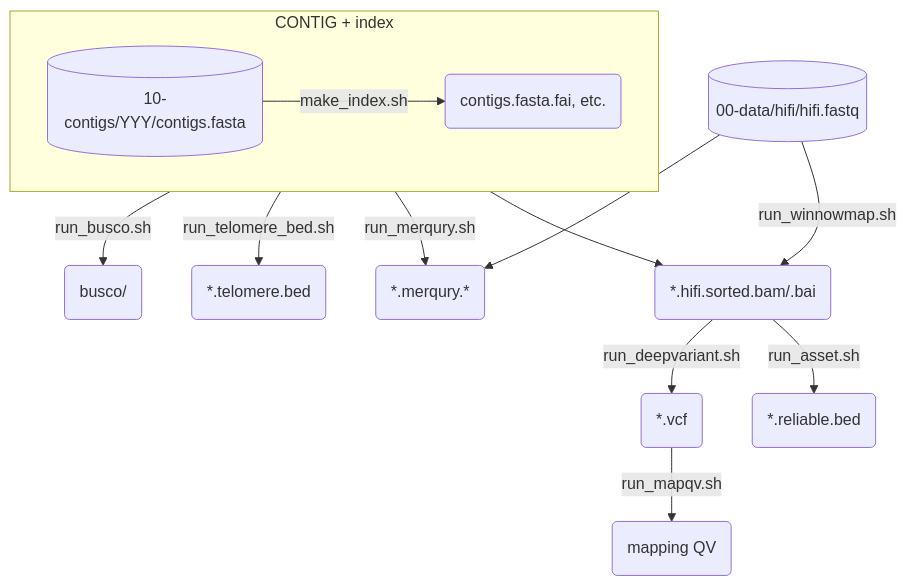
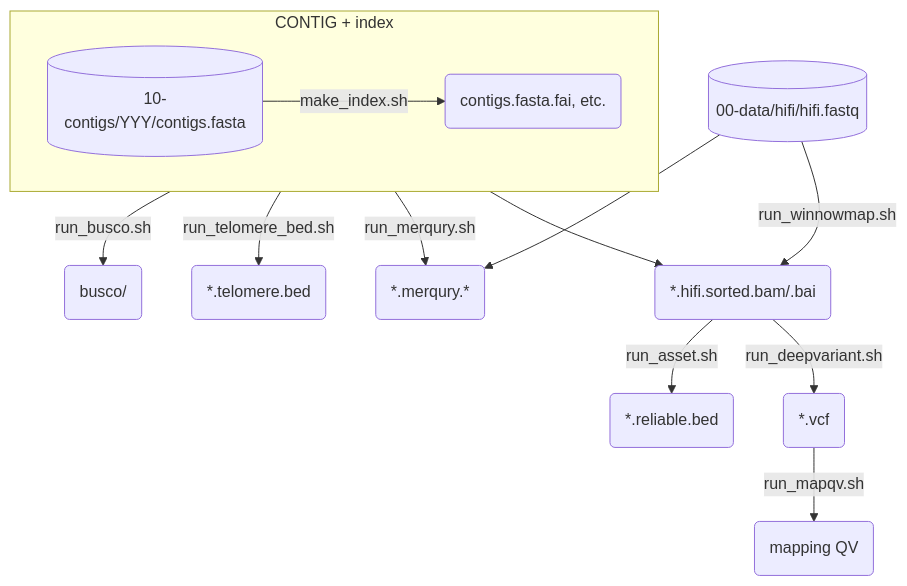
Before and after one commit to yoshihikosuzuki/ant-asm-workflow: the diagram in asset/dependency-eval-contig.md, drawn with Mermaid. The commit also changed other lines of this file and 1 other file, not shown here.

````diff
--- a/asset/dependency-eval-contig.md
+++ b/asset/dependency-eval-contig.md
@@ -1,35 +1,35 @@
 ```mermaid
 flowchart TD
 
 subgraph CONTIG ["CONTIG + index"]
 _CONTIG[(10-contigs/YYY/contigs.fasta)]
 INDEX("contigs.fasta.fai, etc.")
 _CONTIG -->|make_index.sh| INDEX
 end
 
 BUSCO(busco/)
 CONTIG -->|run_busco.sh| BUSCO
 
 TELOMERE(*.telomere.bed)
 CONTIG -->|run_telomere_bed.sh| TELOMERE
 
 HIFI[(00-data/hifi/hifi.fastq)]
 
 MERQURY(*.merqury.*)
 CONTIG -->|run_merqury.sh| MERQURY
 HIFI --> MERQURY
 
 WINNOWMAP("*.hifi.sorted.bam/.bai")
 CONTIG --> WINNOWMAP
 HIFI -->|run_winnowmap.sh| WINNOWMAP
 
+ASSET(*.reliable.bed)
+WINNOWMAP -->|run_asset.sh| ASSET
+
 DEEPVARIANT(*.vcf)
 WINNOWMAP-->|run_deepvariant.sh| DEEPVARIANT
 
 MAPQV(mapping QV)
 DEEPVARIANT -->|run_mapqv.sh| MAPQV
 
-ASSET(*.reliable.bed)
-WINNOWMAP -->|run_asset.sh| ASSET
-
 ```
````
